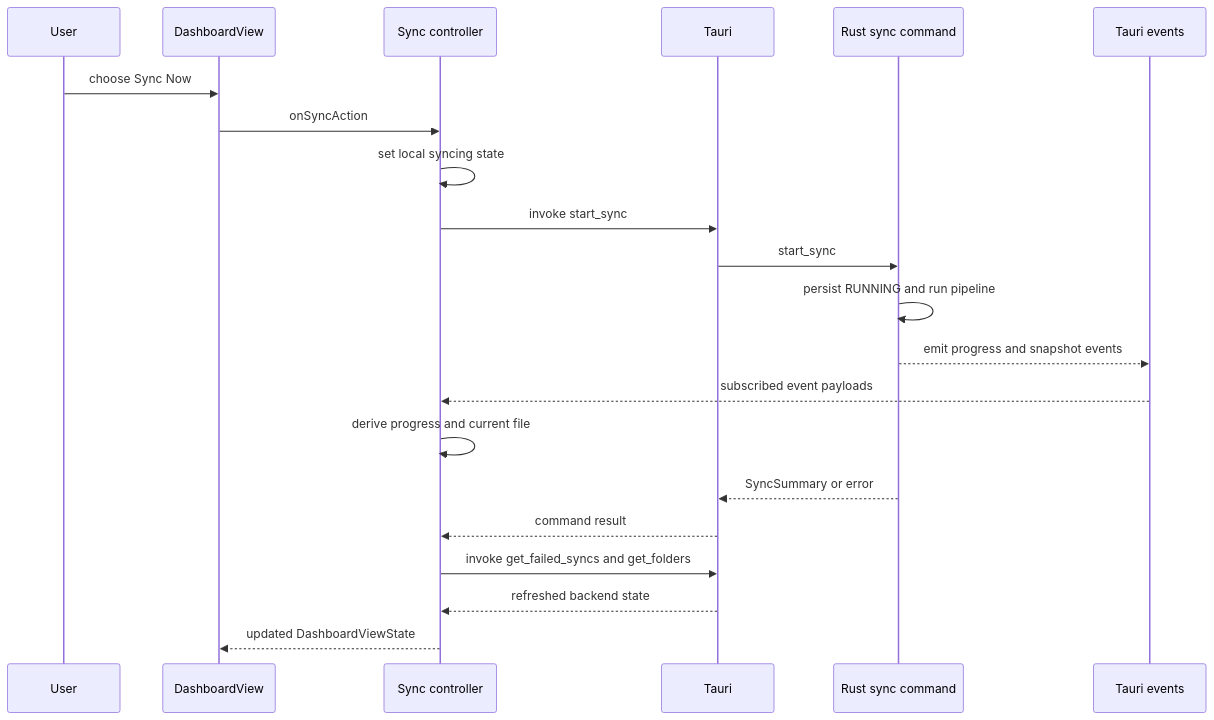
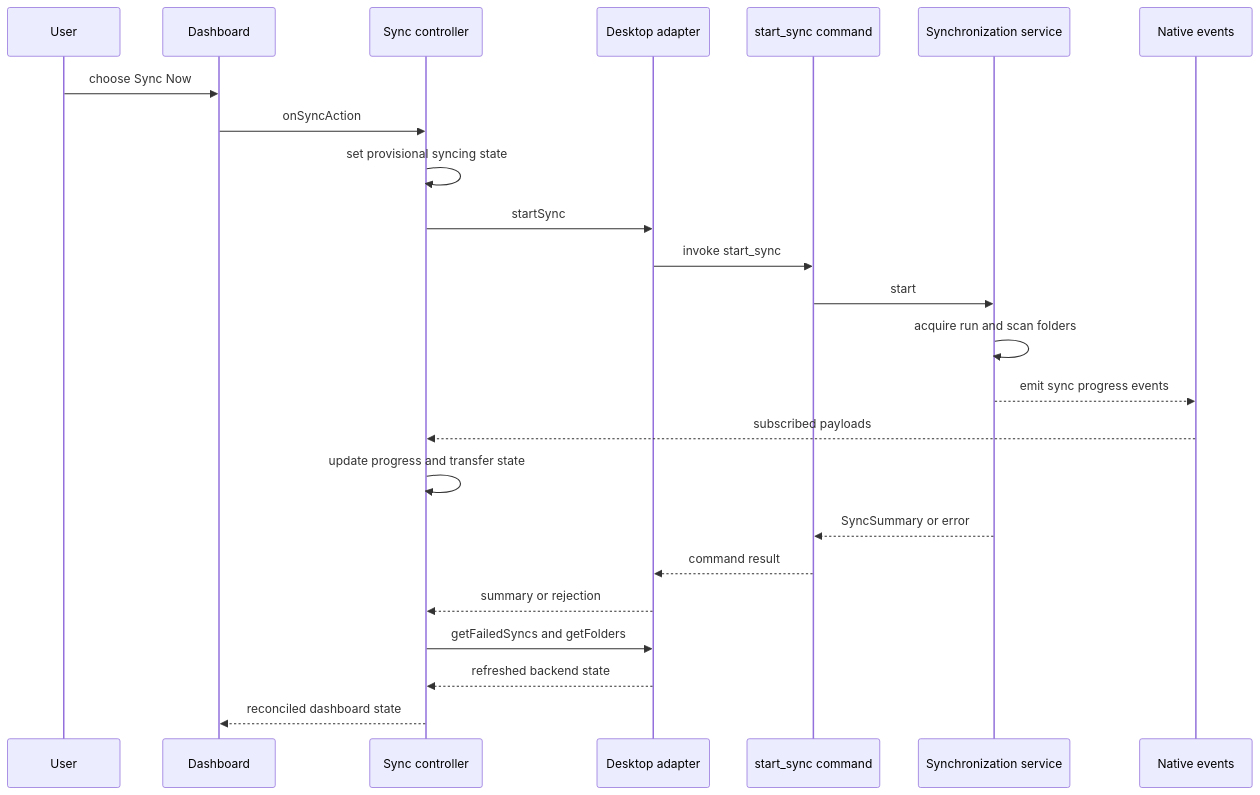
One commit to xXRoxXeRXx/lymic changed the diagram in openwiki/frontend/ui-and-ipc.md. Above: the diagram before and after it, drawn with Mermaid. The commit also changed other lines of this file and 28 other files, not shown here.

````diff
--- a/openwiki/frontend/ui-and-ipc.md
+++ b/openwiki/frontend/ui-and-ipc.md
@@ -76,23 +88,26 @@
 ```mermaid
 sequenceDiagram
     participant User
-    participant View as DashboardView
+    participant Dashboard
     participant Sync as Sync controller
-    participant Tauri
-    participant Backend as Rust sync command
-    participant Events as Tauri events
-    User->>View: choose Sync Now
-    View->>Sync: onSyncAction
-    Sync->>Sync: set local syncing state
-    Sync->>Tauri: invoke start_sync
-    Tauri->>Backend: start_sync
-    Backend->>Backend: persist RUNNING and run pipeline
-    Backend-->>Events: emit progress and snapshot events
-    Events-->>Sync: subscribed event payloads
-    Sync->>Sync: derive progress and current file
-    Backend-->>Tauri: SyncSummary or error
-    Tauri-->>Sync: command result
-    Sync->>Tauri: invoke get_failed_syncs and get_folders
-    Tauri-->>Sync: refreshed backend state
-    Sync-->>View: updated DashboardViewState
+    participant Adapter as Desktop adapter
+    participant Command as start_sync command
+    participant Service as Synchronization service
+    participant Native as Native events
+    User->>Dashboard: choose Sync Now
+    Dashboard->>Sync: onSyncAction
+    Sync->>Sync: set provisional syncing state
+    Sync->>Adapter: startSync
+    Adapter->>Command: invoke start_sync
+    Command->>Service: start
+    Service->>Service: acquire run and scan folders
+    Service-->>Native: emit sync progress events
+    Native-->>Sync: subscribed payloads
+    Sync->>Sync: update progress and transfer state
+    Service-->>Command: SyncSummary or error
+    Command-->>Adapter: command result
+    Adapter-->>Sync: summary or rejection
+    Sync->>Adapter: getFailedSyncs and getFolders
+    Adapter-->>Sync: refreshed backend state
+    Sync-->>Dashboard: reconciled dashboard state
 ```
````
